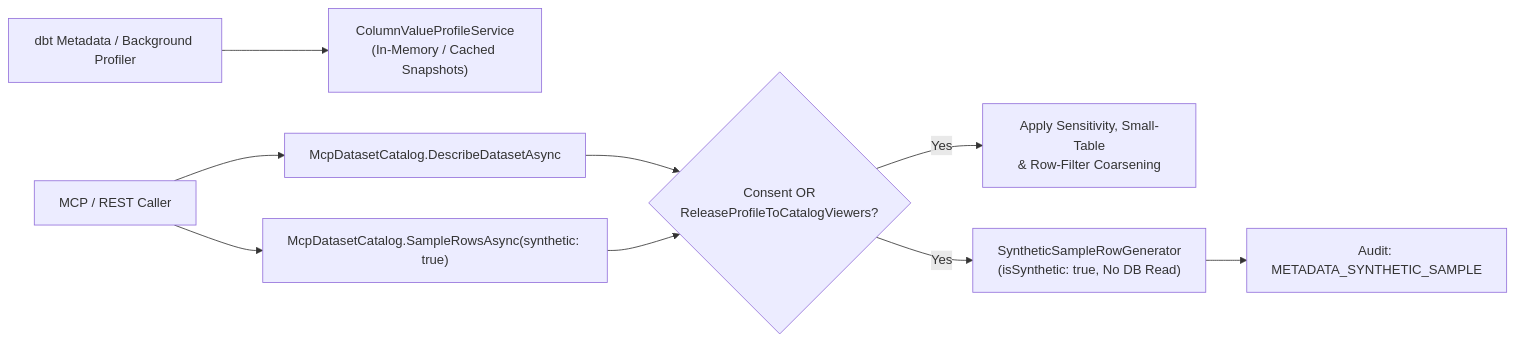
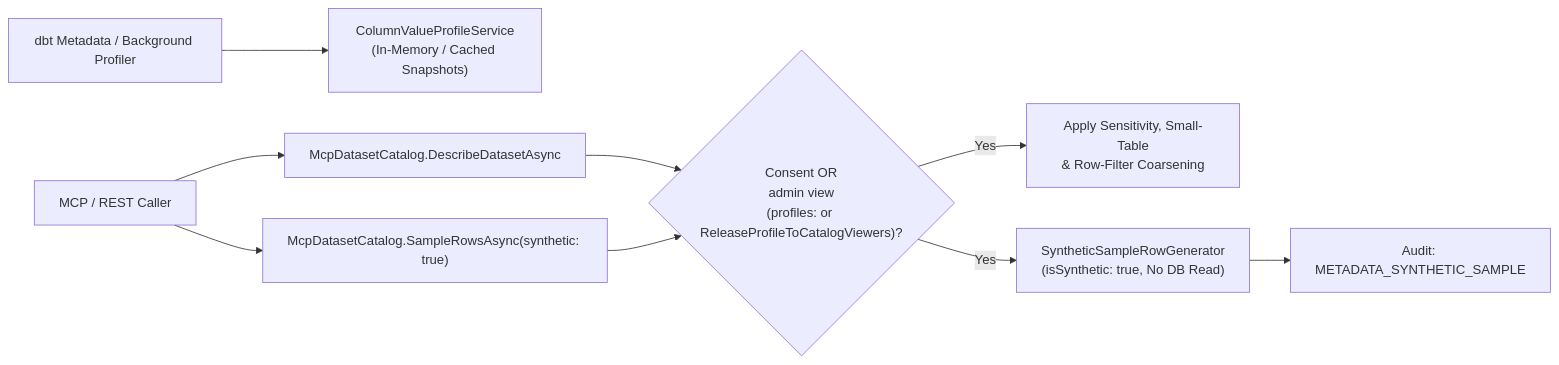
Before and after one commit to themulle/autheris: the diagram in docs/features/f-ai-17-column-value-profiles-and-synthetic-samples.md, drawn with Mermaid. The commit also changed other lines of this file and 15 other files, not shown here.

First line of the commit message:
fix(catalog): address code review for catalog schema disclosure

````diff
--- a/docs/features/f-ai-17-column-value-profiles-and-synthetic-samples.md
+++ b/docs/features/f-ai-17-column-value-profiles-and-synthetic-samples.md
@@ -37,11 +37,11 @@
 ```mermaid
 flowchart LR
     dbt["dbt Metadata / Background Profiler"] --> Store["ColumnValueProfileService<br/>(In-Memory / Cached Snapshots)"]
     Agent["MCP / REST Caller"] --> Describe["McpDatasetCatalog.DescribeDatasetAsync"]
     Agent --> Sample["McpDatasetCatalog.SampleRowsAsync(synthetic: true)"]
-    Describe --> Gate{"Consent OR<br/>ReleaseProfileToCatalogViewers?"}
+    Describe --> Gate{"Consent OR<br/>admin view<br/>(profiles: or ReleaseProfileToCatalogViewers)?"}
     Gate -- Yes --> Coarsen["Apply Sensitivity, Small-Table<br/>& Row-Filter Coarsening"]
     Sample --> Gate
     Gate -- Yes --> Synth["SyntheticSampleRowGenerator<br/>(isSynthetic: true, No DB Read)"]
     Synth --> Audit["Audit: METADATA_SYNTHETIC_SAMPLE"]
 ```
````
